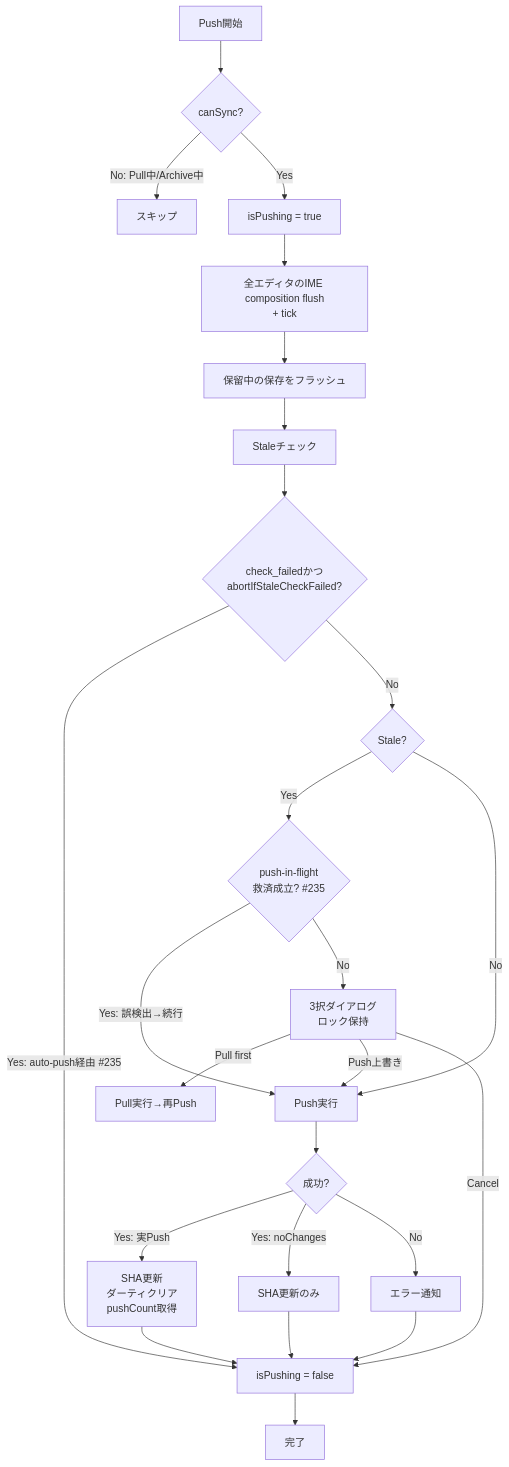
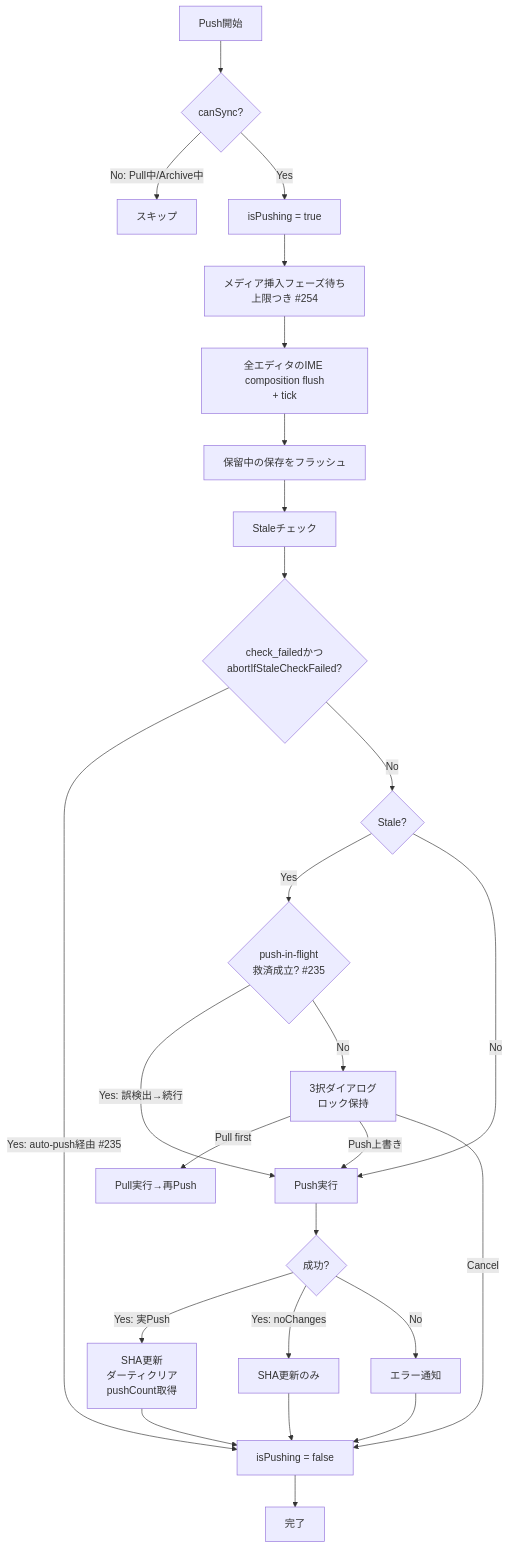
The first of 6 diagrams in docs/development/sync/push-pull.md (kako-jun/agasteer), drawn with Mermaid before and after one commit. The commit also changed other lines of this file and 9 other files, not shown here.

````diff
--- a/docs/development/sync/push-pull.md
+++ b/docs/development/sync/push-pull.md
@@ -93,27 +102,28 @@
 ```mermaid
 flowchart TD
     Start[Push開始] --> Check1{canSync?}
     Check1 -->|No: Pull中/Archive中| End1[スキップ]
     Check1 -->|Yes| Lock[isPushing = true]
-    Lock --> FlushIME[全エディタのIME composition flush<br/>+ tick]
+    Lock --> MediaWait[メディア挿入フェーズ待ち<br/>上限つき #254]
+    MediaWait --> FlushIME[全エディタのIME composition flush<br/>+ tick]
     FlushIME --> Flush[保留中の保存をフラッシュ]
     Flush --> Stale[Staleチェック]
     Stale --> CheckFail{check_failedかつ<br/>abortIfStaleCheckFailed?}
     CheckFail -->|Yes: auto-push経由 #235| Unlock
     CheckFail -->|No| Check2{Stale?}
     Check2 -->|Yes| Rescue{push-in-flight<br/>救済成立? #235}
     Check2 -->|No| Push
     Rescue -->|Yes: 誤検出→続行| Push
     Rescue -->|No| Confirm[3択ダイアログ<br/>ロック保持]
     Confirm -->|Pull first| PullFirst[Pull実行→再Push]
     Confirm -->|Push上書き| Push[Push実行]
     Confirm -->|Cancel| Unlock
     Push --> Success{成功?}
     Success -->|Yes: 実Push| Clear[SHA更新<br/>ダーティクリア<br/>pushCount取得]
     Success -->|Yes: noChanges| ShaOnly[SHA更新のみ]
     Success -->|No| Notify[エラー通知]
     Clear --> Unlock[isPushing = false]
     ShaOnly --> Unlock
     Notify --> Unlock
     Unlock --> End2[完了]
 ```
````
